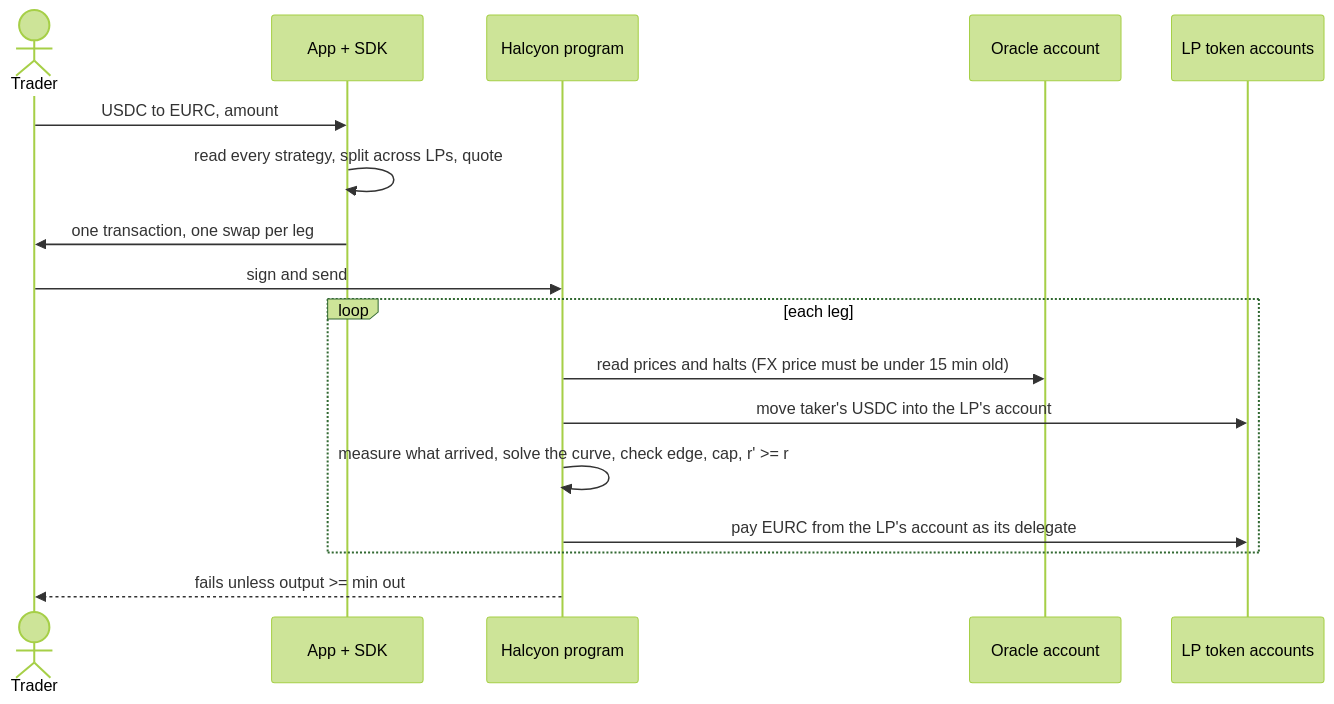
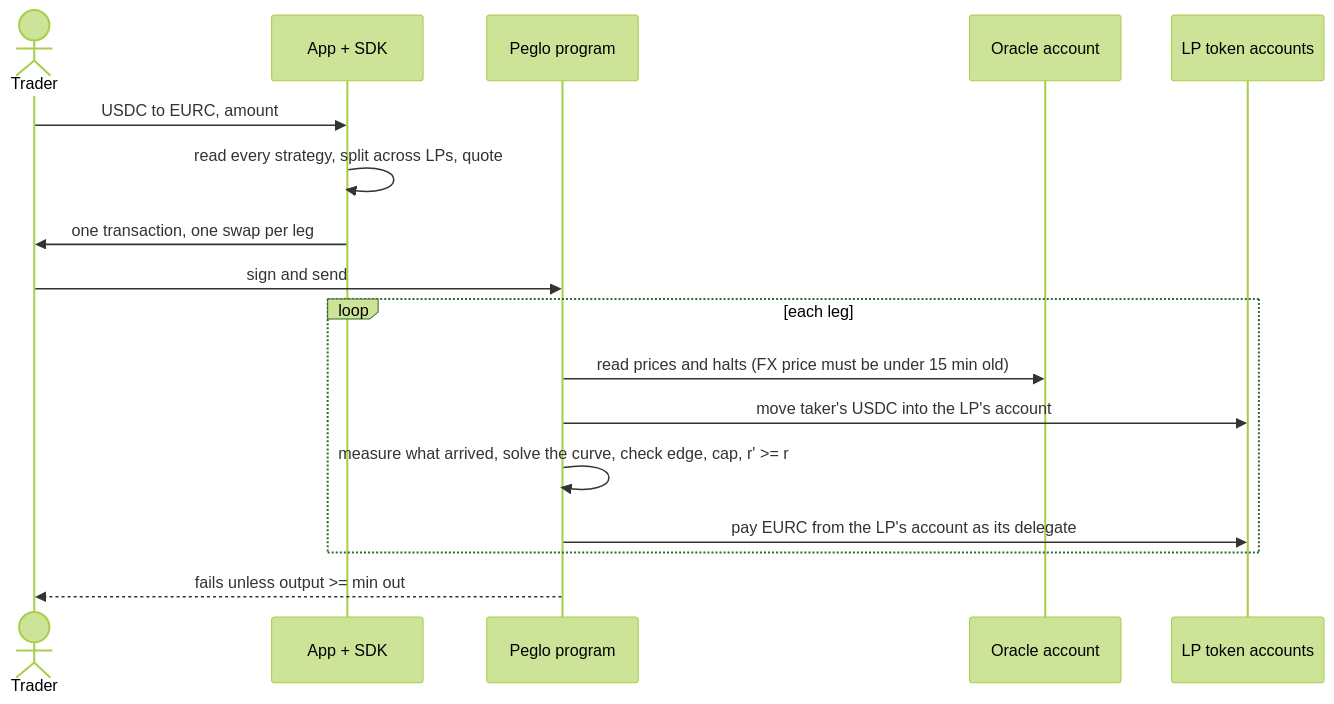
The first of 5 diagrams in README.md (cityata21-rgb/Peglo), drawn with Mermaid (forest theme) before and after one commit. The commit also changed other lines of this file and 10 other files, not shown here.

````diff
--- a/README.md
+++ b/README.md
@@ -134,19 +134,19 @@
 ```mermaid
 sequenceDiagram
     actor T as Trader
     participant App as App + SDK
-    participant P as Halcyon program
+    participant P as Peglo program
     participant O as Oracle account
     participant LP as LP token accounts
     T->>App: USDC to EURC, amount
     App->>App: read every strategy, split across LPs, quote
     App->>T: one transaction, one swap per leg
     T->>P: sign and send
     loop each leg
         P->>O: read prices and halts (FX price must be under 15 min old)
         P->>LP: move taker's USDC into the LP's account
         P->>P: measure what arrived, solve the curve, check edge, cap, r' >= r
         P->>LP: pay EURC from the LP's account as its delegate
     end
     P-->>T: fails unless output >= min out
 ```
````
